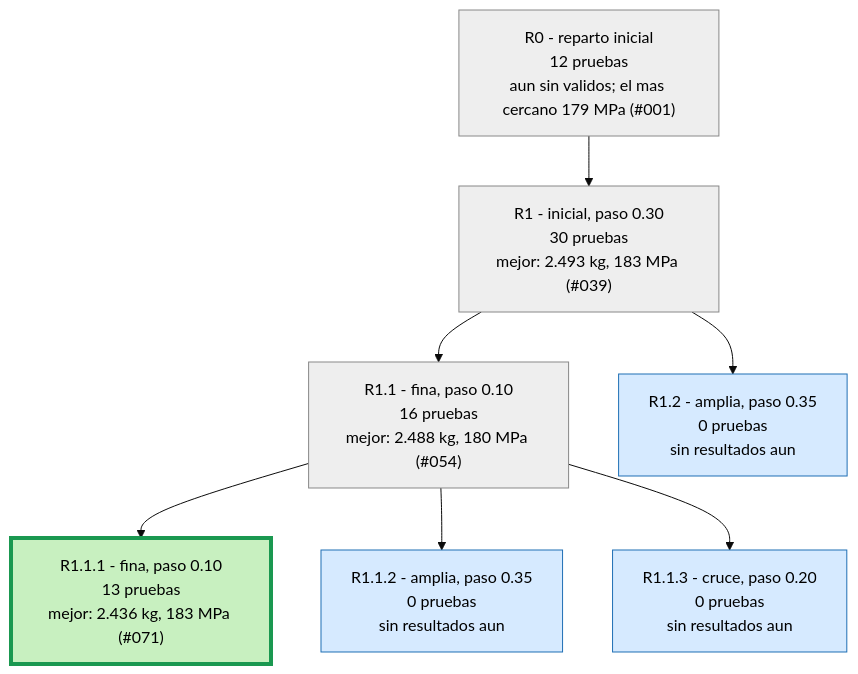
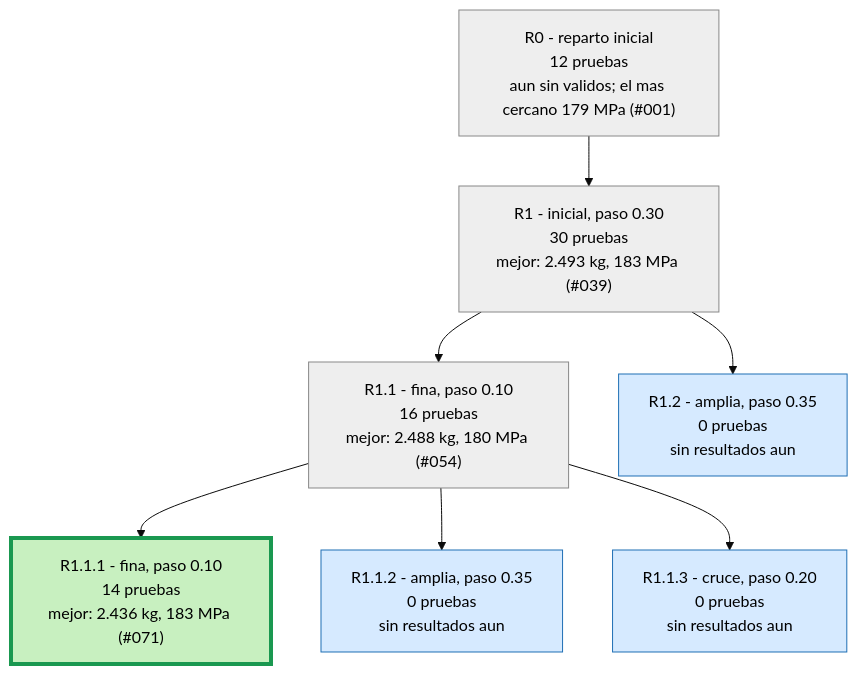
The second of 3 diagrams in runs/opt_37800N/ARBOL.md (Hugiko/msd-soporte-optimizacion), drawn with Mermaid (base theme) before and after one commit. The commit also changed 19 other files, not shown here.

````diff
--- a/runs/opt_37800N/ARBOL.md
+++ b/runs/opt_37800N/ARBOL.md
@@ -25,19 +25,19 @@
 ```mermaid
 graph TD
 classDef activa fill:#d6eaff,stroke:#1f6fb5,color:#000
 classDef fin fill:#eeeeee,stroke:#888,color:#000
 classDef mejor fill:#c8f0c0,stroke:#1a9850,stroke-width:4px,color:#000
 R0["R0 - reparto inicial<br/>12 pruebas<br/>aun sin validos; el mas cercano 179 MPa (#001)"]:::fin
 R1["R1 - inicial, paso 0.30<br/>30 pruebas<br/>mejor: 2.493 kg, 183 MPa (#039)"]:::fin
 R0 --> R1
 R1_1["R1.1 - fina, paso 0.10<br/>16 pruebas<br/>mejor: 2.488 kg, 180 MPa (#054)"]:::fin
 R1 --> R1_1
 R1_2["R1.2 - amplia, paso 0.35<br/>0 pruebas<br/>sin resultados aun"]:::activa
 R1 --> R1_2
-R1_1_1["R1.1.1 - fina, paso 0.10<br/>13 pruebas<br/>mejor: 2.436 kg, 183 MPa (#071)"]:::mejor
+R1_1_1["R1.1.1 - fina, paso 0.10<br/>14 pruebas<br/>mejor: 2.436 kg, 183 MPa (#071)"]:::mejor
 R1_1 --> R1_1_1
 R1_1_2["R1.1.2 - amplia, paso 0.35<br/>0 pruebas<br/>sin resultados aun"]:::activa
 R1_1 --> R1_1_2
 R1_1_3["R1.1.3 - cruce, paso 0.20<br/>0 pruebas<br/>sin resultados aun"]:::activa
 R1_1 --> R1_1_3
 ```
````
